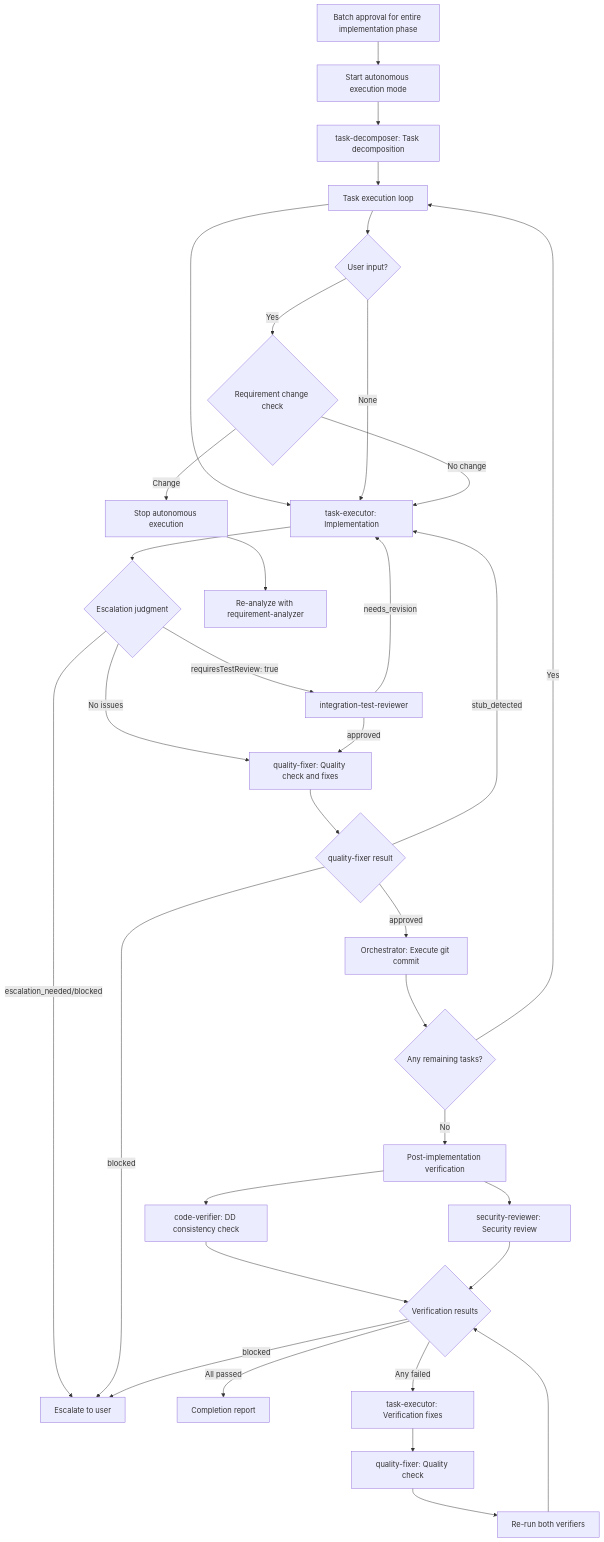
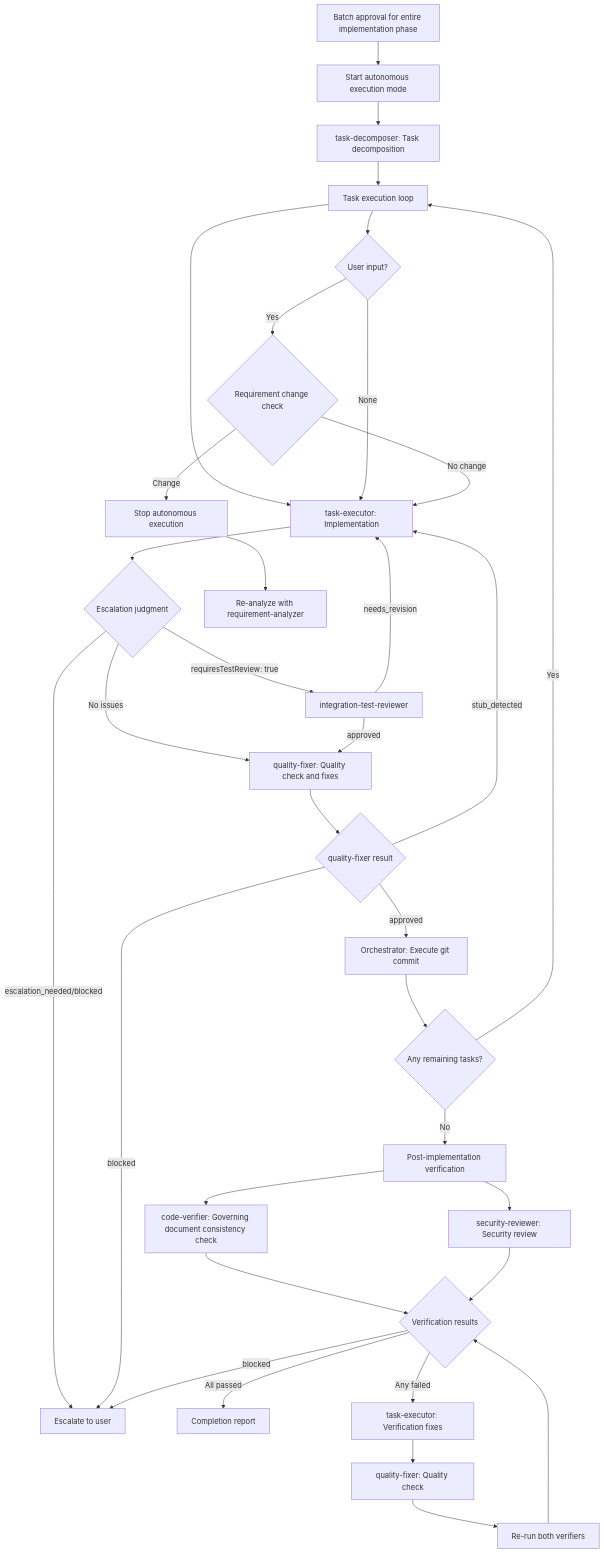
The diagram in dev-workflows-fullstack/skills/subagents-orchestration-guide/SKILL.md (shinpr/claude-code-workflows), drawn with Mermaid before and after one commit. The commit also changed other lines of this file and 24 other files, not shown here.

Commit message:
refactor: define final verifier governing documents

````diff
--- a/dev-workflows-fullstack/skills/subagents-orchestration-guide/SKILL.md
+++ b/dev-workflows-fullstack/skills/subagents-orchestration-guide/SKILL.md
@@ -267,37 +267,37 @@
 ```mermaid
 graph TD
     START[Batch approval for entire implementation phase] --> AUTO[Start autonomous execution mode]
     AUTO --> TD[task-decomposer: Task decomposition]
     TD --> LOOP[Task execution loop]
     LOOP --> TE[task-executor: Implementation]
     TE --> ESCJUDGE{Escalation judgment}
     ESCJUDGE -->|escalation_needed/blocked| USERESC[Escalate to user]
     ESCJUDGE -->|requiresTestReview: true| ITR[integration-test-reviewer]
     ESCJUDGE -->|No issues| QF
     ITR -->|needs_revision| TE
     ITR -->|approved| QF
     QF[quality-fixer: Quality check and fixes] --> QFJUDGE{quality-fixer result}
     QFJUDGE -->|stub_detected| TE
     QFJUDGE -->|approved| COMMIT[Orchestrator: Execute git commit]
     QFJUDGE -->|blocked| USERESC
     COMMIT --> CHECK{Any remaining tasks?}
     CHECK -->|Yes| LOOP
     CHECK -->|No| VERIFY[Post-implementation verification]
-    VERIFY --> CV[code-verifier: DD consistency check]
+    VERIFY --> CV[code-verifier: Governing document consistency check]
     VERIFY --> SEC[security-reviewer: Security review]
     CV --> VRESULT{Verification results}
     SEC --> VRESULT
     VRESULT -->|All passed| REPORT[Completion report]
     VRESULT -->|Any failed| VFIX[task-executor: Verification fixes]
     VFIX --> QF2[quality-fixer: Quality check]
     QF2 --> REVERIFY[Re-run both verifiers]
     REVERIFY --> VRESULT
     VRESULT -->|blocked| USERESC
 
     LOOP --> INTERRUPT{User input?}
     INTERRUPT -->|None| TE
     INTERRUPT -->|Yes| REQCHECK{Requirement change check}
     REQCHECK -->|No change| TE
     REQCHECK -->|Change| STOP[Stop autonomous execution]
     STOP --> RA[Re-analyze with requirement-analyzer]
 ```
````
